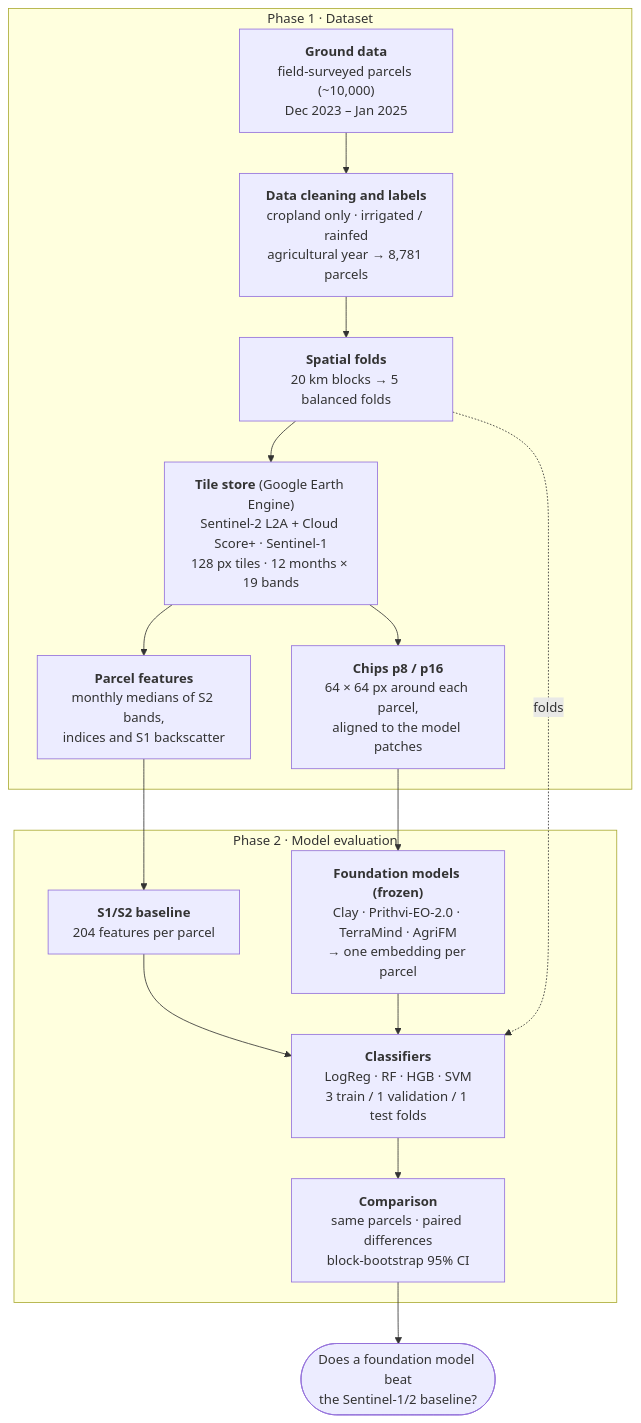
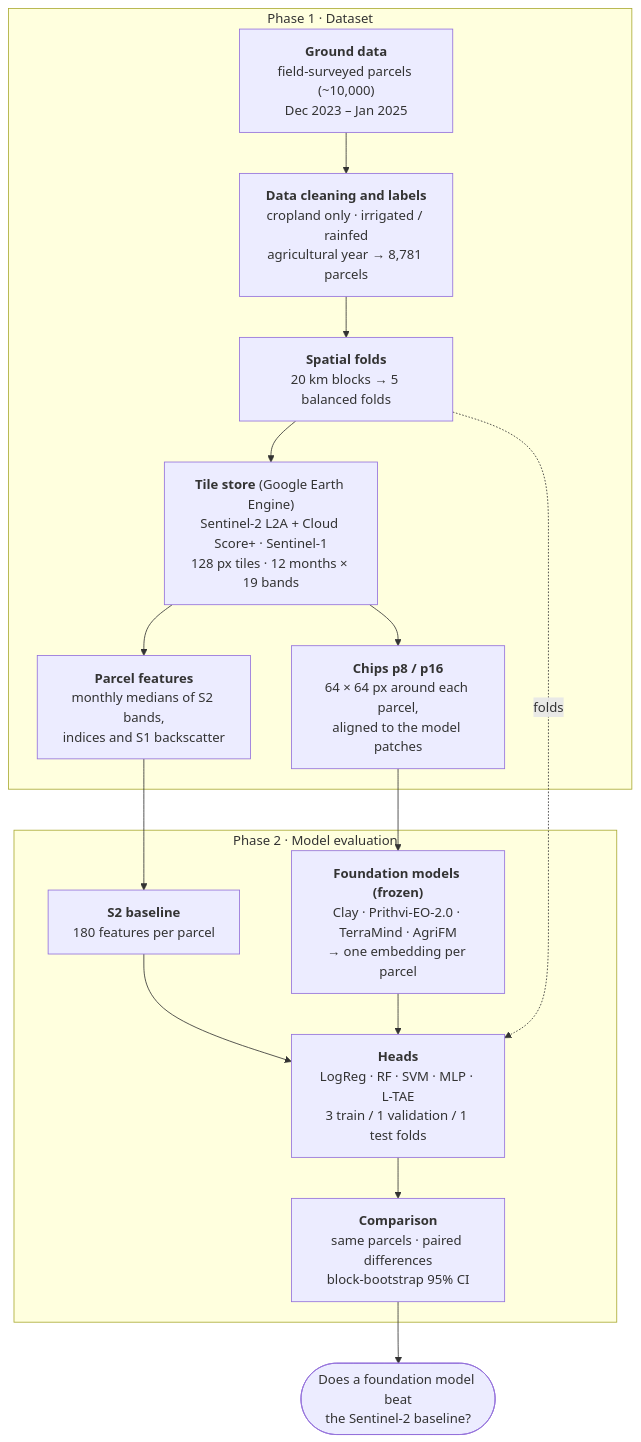
Before and after one commit to amanchry/irrimapping-geofm: the diagram in docs/phase2_models/overview.md, drawn with Mermaid. The commit also changed other lines of this file and 18 other files, not shown here.

````diff
--- a/docs/phase2_models/overview.md
+++ b/docs/phase2_models/overview.md
@@ -20,29 +20,29 @@
 ```mermaid
 flowchart TD
     subgraph P1["Phase 1 · Dataset"]
         GT["<b>Ground data</b><br/>field-surveyed parcels (~10,000)<br/>Dec 2023 – Jan 2025"]
         CL["<b>Data cleaning and labels</b><br/>cropland only · irrigated / rainfed<br/>agricultural year → 8,781 parcels"]
         SF["<b>Spatial folds</b><br/>20 km blocks → 5 balanced folds"]
         TS["<b>Tile store</b> (Google Earth Engine)<br/>Sentinel-2 L2A + Cloud Score+ · Sentinel-1<br/>128 px tiles · 12 months × 19 bands"]
         FE["<b>Parcel features</b><br/>monthly medians of S2 bands,<br/>indices and S1 backscatter"]
         CH["<b>Chips p8 / p16</b><br/>64 × 64 px around each parcel,<br/>aligned to the model patches"]
         GT --> CL --> SF --> TS
         TS --> FE
         TS --> CH
     end
 
     subgraph P2["Phase 2 · Model evaluation"]
-        BL["<b>S1/S2 baseline</b><br/>204 features per parcel"]
+        BL["<b>S2 baseline</b><br/>180 features per parcel"]
         FM["<b>Foundation models (frozen)</b><br/>Clay · Prithvi-EO-2.0 · TerraMind · AgriFM<br/>→ one embedding per parcel"]
-        CF["<b>Classifiers</b><br/>LogReg · RF · HGB · SVM<br/>3 train / 1 validation / 1 test folds"]
+        CF["<b>Heads</b><br/>LogReg · RF · SVM · MLP · L-TAE<br/>3 train / 1 validation / 1 test folds"]
         CM["<b>Comparison</b><br/>same parcels · paired differences<br/>block-bootstrap 95% CI"]
         BL --> CF
         FM --> CF
         CF --> CM
     end
 
     FE --> BL
     CH --> FM
     SF -. "folds" .-> CF
-    CM --> R(["Does a foundation model beat<br/>the Sentinel-1/2 baseline?"])
+    CM --> R(["Does a foundation model beat<br/>the Sentinel-2 baseline?"])
 ```
````
